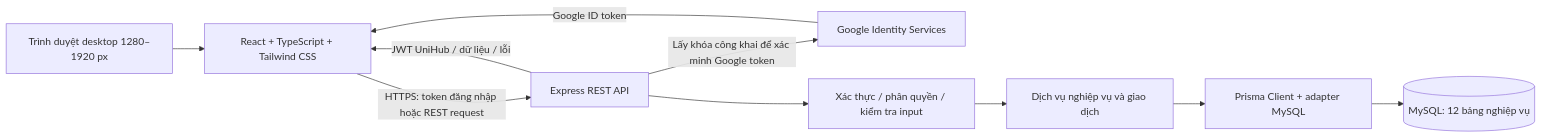
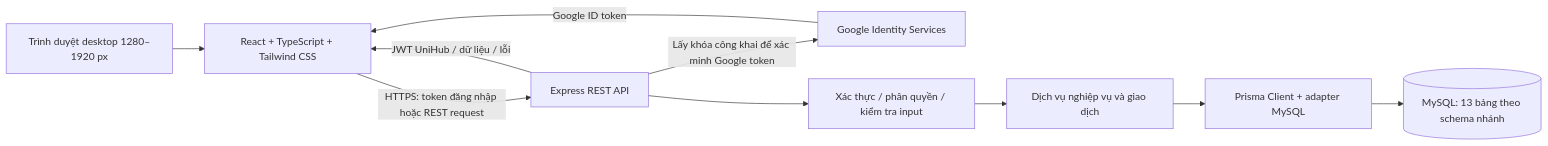
Before and after one commit to KhanhHuyen444/UniHub: the diagram in docs/architecture.md, drawn with Mermaid. The commit also changed other lines of this file and 11 other files, not shown here.

Commit message:
feat(auth): add identity and session schema

````diff
--- a/docs/architecture.md
+++ b/docs/architecture.md
@@ -9,12 +9,12 @@
 ```mermaid
 flowchart LR
     U[Trình duyệt desktop 1280–1920 px] --> F[React + TypeScript + Tailwind CSS]
     G[Google Identity Services] -->|Google ID token| F
     F -->|HTTPS: token đăng nhập hoặc REST request| B[Express REST API]
     B -->|Lấy khóa công khai để xác minh Google token| G
     B --> A[Xác thực / phân quyền / kiểm tra input]
     A --> S[Dịch vụ nghiệp vụ và giao dịch]
     S --> P[Prisma Client + adapter MySQL]
-    P --> D[(MySQL: 12 bảng nghiệp vụ)]
+    P --> D[(MySQL: 13 bảng theo schema nhánh)]
     B -->|JWT UniHub / dữ liệu / lỗi| F
 ```
````
